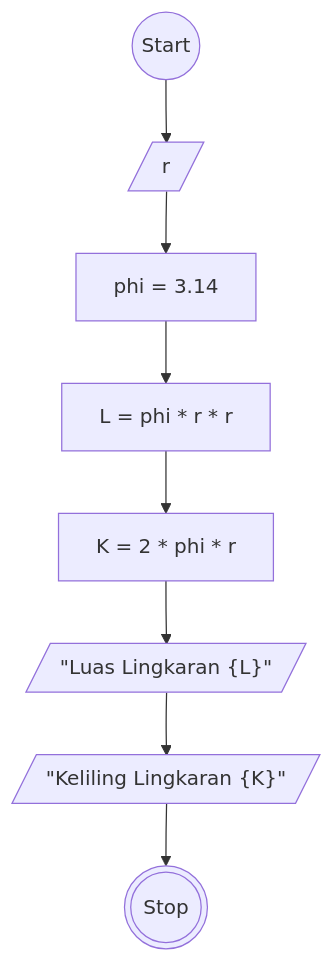
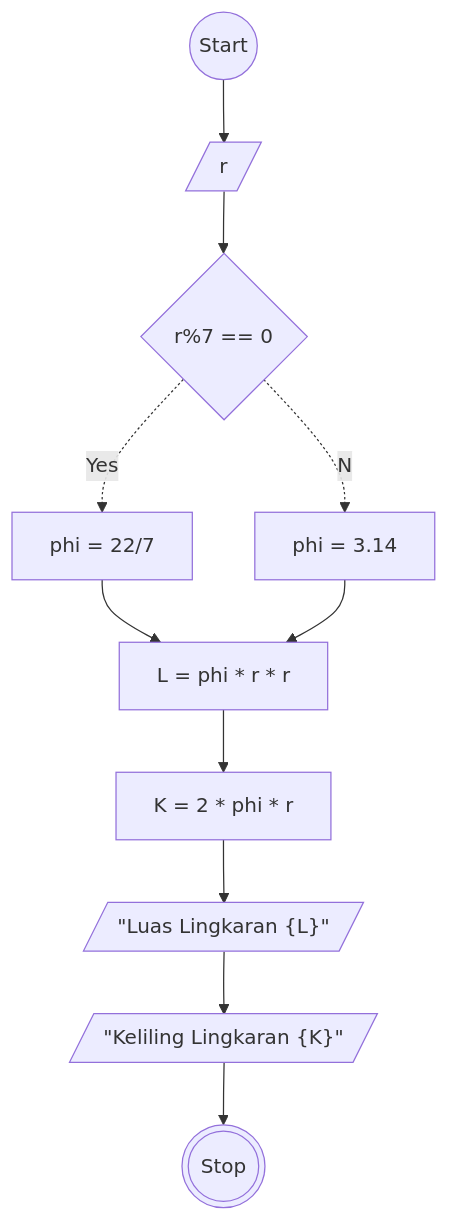
The diagram in readme.md (dimastadeoo/koda-b8-javascript1), drawn with Mermaid before and after one commit.

````diff
--- a/readme.md
+++ b/readme.md
@@ -6,20 +6,21 @@
 ```mermaid
 
 flowchart TD
     A@{ shape: circle, label: "Start" }
     
     B@{ shape: lean-r, label: "r" }
+    I@{ shape: diamond, label: "r%7 == 0" }
+    J@{ shape: rect, label: "phi = 22/7" }
     C@{ shape: rect, label: "phi = 3.14" }
     D@{ shape: rect, label: "L = phi * r * r" }
     E@{ shape: rect, label: "K = 2 * phi * r" }
     F@{ shape: lean-r, label: '"Luas Lingkaran {L}"' }
     G@{ shape: lean-r, label: '"Keliling Lingkaran {K}"' }
     H@{ shape: dbl-circ, label: "Stop" }
 
-    A-->B-->C-->D-->E-->F-->G-->H
+    A-->B-->I-.Yes.->J-->D
     
-
-
+    I-.No.->C-->D-->E-->F-->G-->H
 
 
 ```
````
